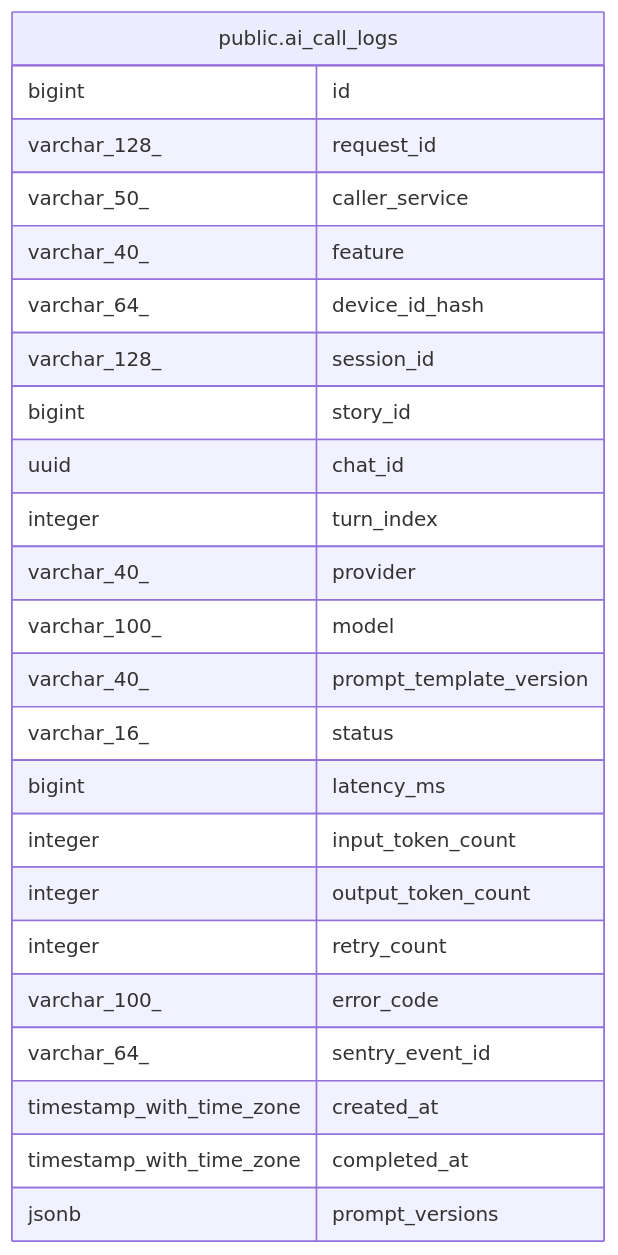
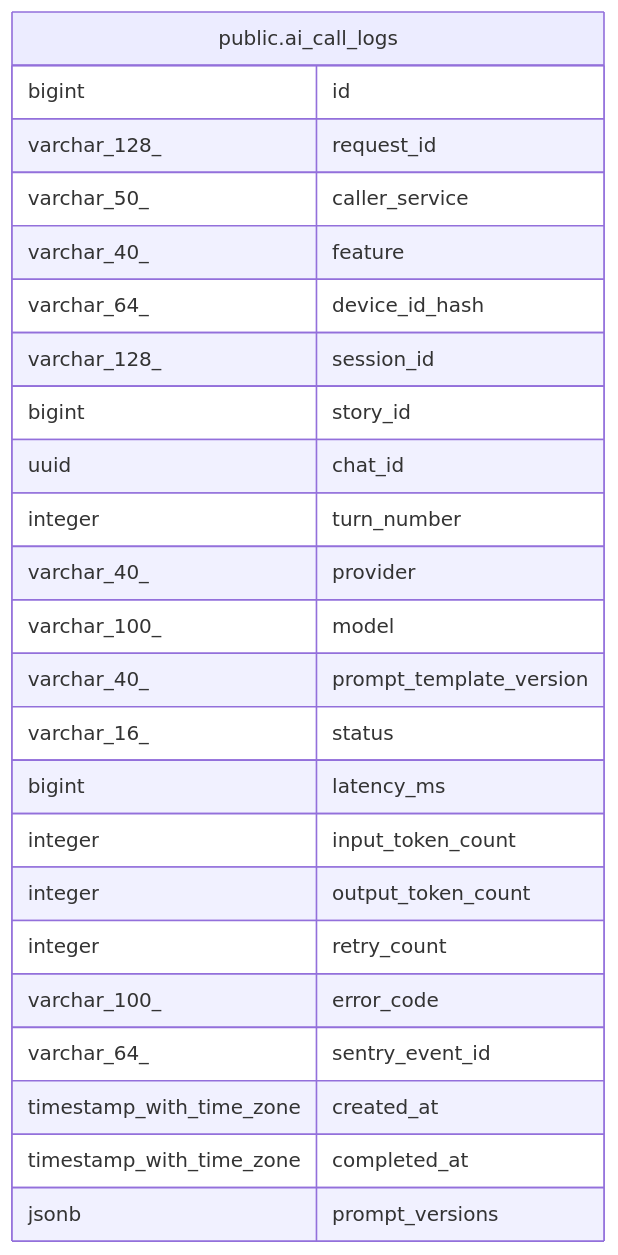
One commit to KIM-N-KANG/manyak-server changed the diagram in dbdoc/public.ai_call_logs.md. Above: the diagram before and after it, drawn with Mermaid. The commit also changed other lines of this file and 10 other files, not shown here.

First line of the commit message:
[KNK-378] Refactor: 관측 턴 번호 turn_number 표기 정렬 (#97)

````diff
--- a/dbdoc/public.ai_call_logs.md
+++ b/dbdoc/public.ai_call_logs.md
@@ -52,29 +52,29 @@
 ```mermaid
 erDiagram
 
 
 "public.ai_call_logs" {
   bigint id
   varchar_128_ request_id
   varchar_50_ caller_service
   varchar_40_ feature
   varchar_64_ device_id_hash
   varchar_128_ session_id
   bigint story_id
   uuid chat_id
-  integer turn_index
+  integer turn_number
   varchar_40_ provider
   varchar_100_ model
   varchar_40_ prompt_template_version
   varchar_16_ status
   bigint latency_ms
   integer input_token_count
   integer output_token_count
   integer retry_count
   varchar_100_ error_code
   varchar_64_ sentry_event_id
   timestamp_with_time_zone created_at
   timestamp_with_time_zone completed_at
   jsonb prompt_versions
 }
 ```
````
